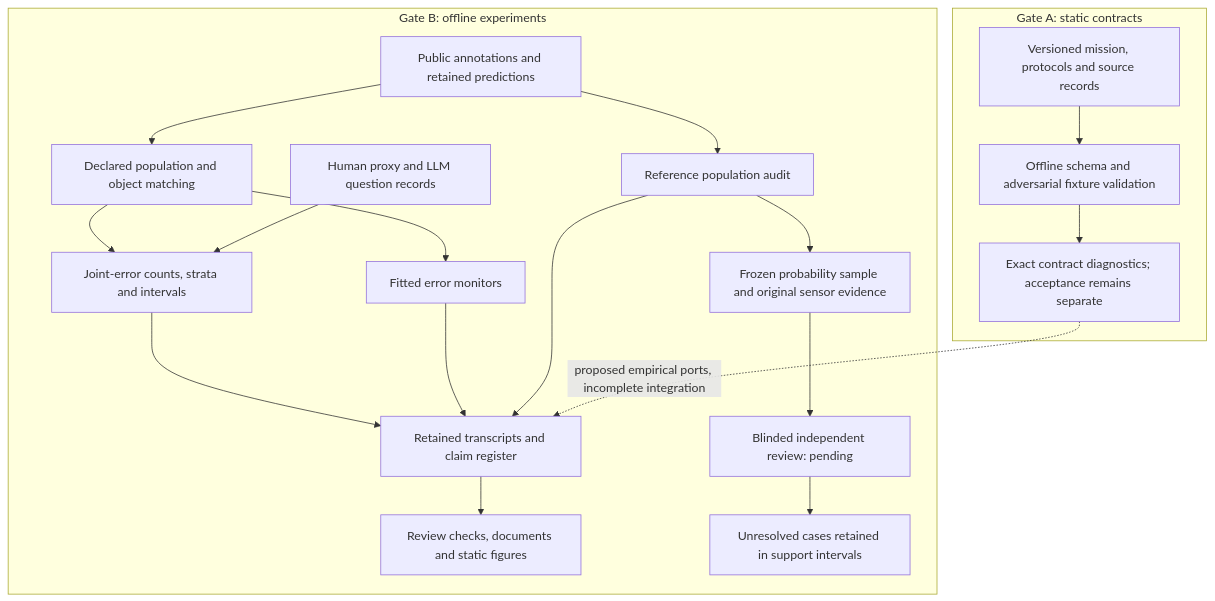
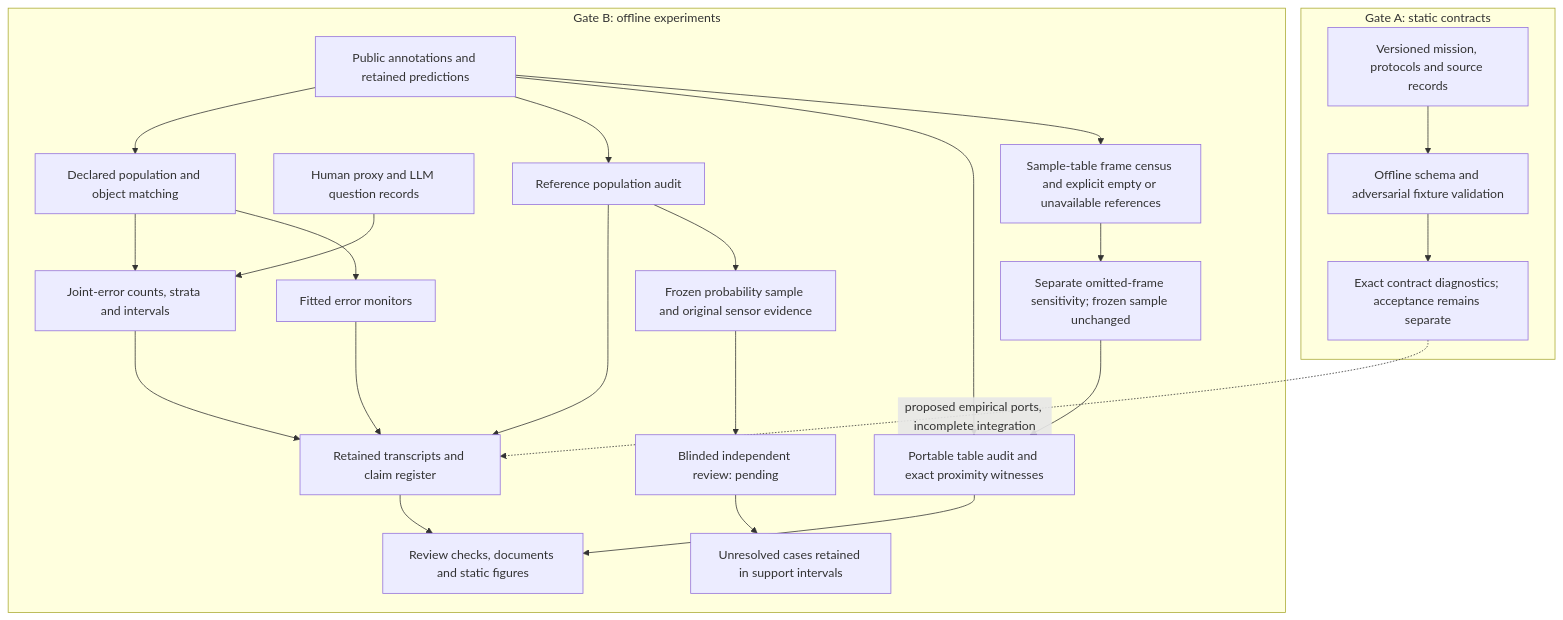
One commit to manfromnowhere143/reiyah changed the first of 2 diagrams in README.md. Above: the diagram before and after it, drawn with Mermaid. The commit also changed other lines of this file and 33 other files, not shown here.

First line of the commit message:
Add portable reference audit, real-data replay and research continuation

````diff
--- a/README.md
+++ b/README.md
@@ -40,22 +66,27 @@
 ```mermaid
 flowchart TB
   subgraph STATIC["Gate A: static contracts"]
     M["Versioned mission, protocols and source records"] --> V["Offline schema and adversarial fixture validation"]
     V --> C["Exact contract diagnostics; acceptance remains separate"]
   end
   subgraph RESEARCH["Gate B: offline experiments"]
     D["Public annotations and retained predictions"] --> P["Declared population and object matching"]
     P --> J["Joint-error counts, strata and intervals"]
     P --> E["Fitted error monitors"]
     H["Human proxy and LLM question records"] --> J
     J --> T["Retained transcripts and claim register"]
     E --> T
     T --> R["Review checks, documents and static figures"]
     D --> A["Reference population audit"]
     A --> T
+    D --> AP["Portable table audit and exact proximity witnesses"]
+    D --> FC["Sample-table frame census and explicit empty or unavailable references"]
+    FC --> FS["Separate omitted-frame sensitivity; frozen sample unchanged"]
+    FS --> AP
+    AP --> R
     A --> P2["Frozen probability sample and original sensor evidence"]
     P2 --> R2["Blinded independent review: pending"]
     R2 --> U2["Unresolved cases retained in support intervals"]
   end
   C -. "proposed empirical ports, incomplete integration" .-> T
 ```
````
